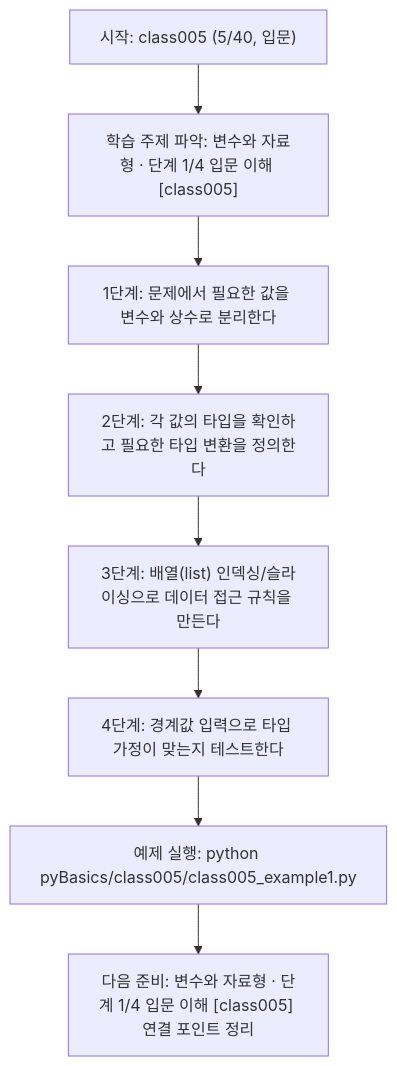
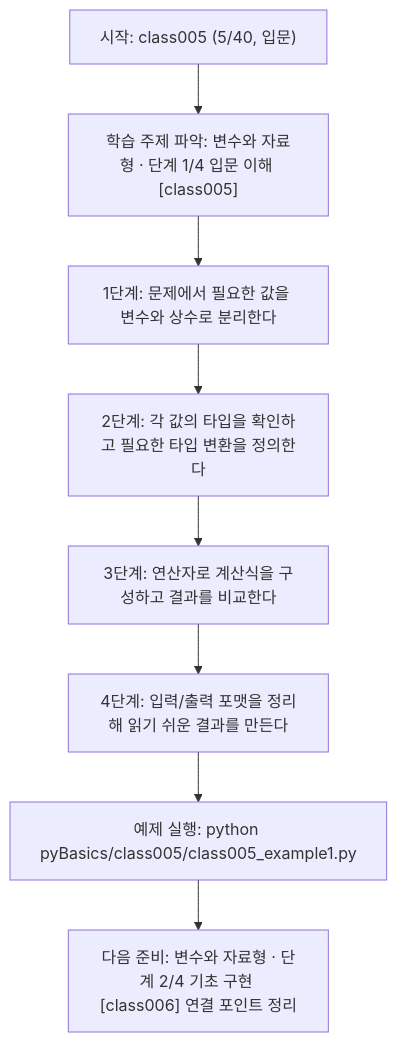
Before and after one commit to edumgt/Python-AI_Agent-Class: the diagram in pyBasics/class005/class005.md, drawn with Mermaid. The commit also changed other lines of this file and 2370 other files, not shown here.

````diff
--- a/pyBasics/class005/class005.md
+++ b/pyBasics/class005/class005.md
@@ -109,18 +91,18 @@
 ```mermaid
 flowchart TD
 N1["시작: class005 (5/40, 입문)"]
 N2["학습 주제 파악: 변수와 자료형 · 단계 1/4 입문 이해 [class005]"]
 N3["1단계: 문제에서 필요한 값을 변수와 상수로 분리한다"]
 N4["2단계: 각 값의 타입을 확인하고 필요한 타입 변환을 정의한다"]
-N5["3단계: 배열(list) 인덱싱/슬라이싱으로 데이터 접근 규칙을 만든다"]
-N6["4단계: 경계값 입력으로 타입 가정이 맞는지 테스트한다"]
+N5["3단계: 연산자로 계산식을 구성하고 결과를 비교한다"]
+N6["4단계: 입력/출력 포맷을 정리해 읽기 쉬운 결과를 만든다"]
 N7["예제 실행: python pyBasics/class005/class005_example1.py"]
-N8["다음 준비: 변수와 자료형 · 단계 1/4 입문 이해 [class005] 연결 포인트 정리"]
+N8["다음 준비: 변수와 자료형 · 단계 2/4 기초 구현 [class006] 연결 포인트 정리"]
 N1 --> N2
 N2 --> N3
 N3 --> N4
 N4 --> N5
 N5 --> N6
 N6 --> N7
 N7 --> N8
 ```
````
